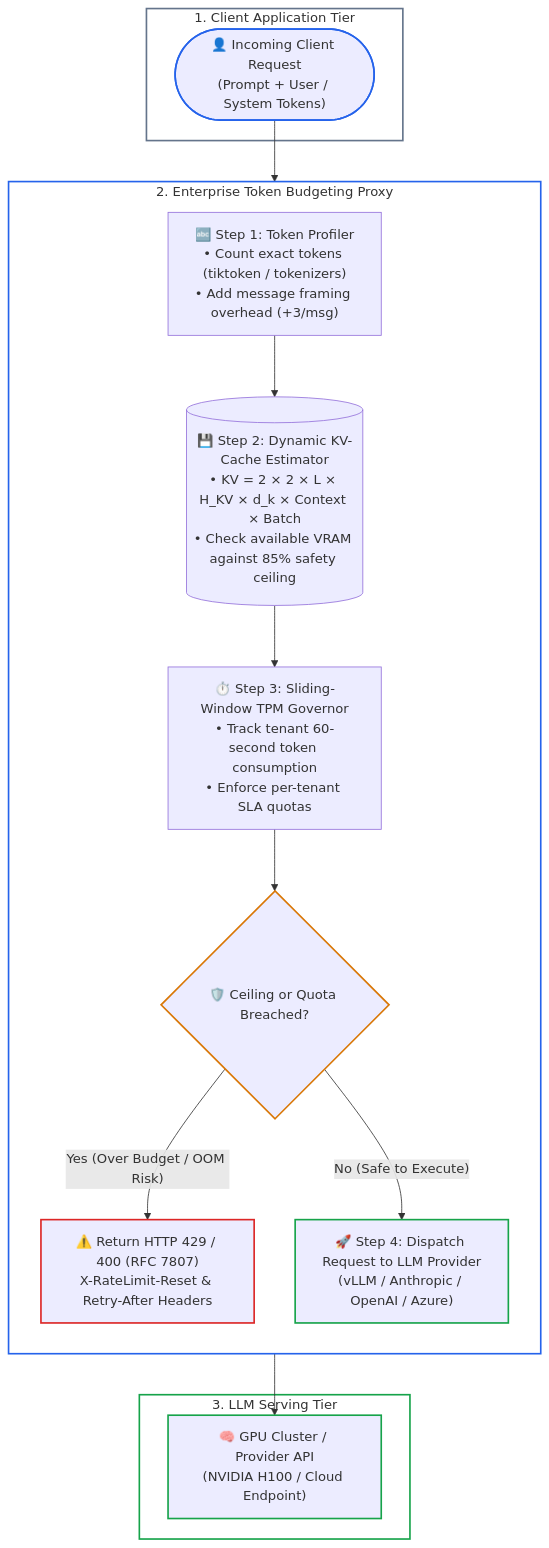
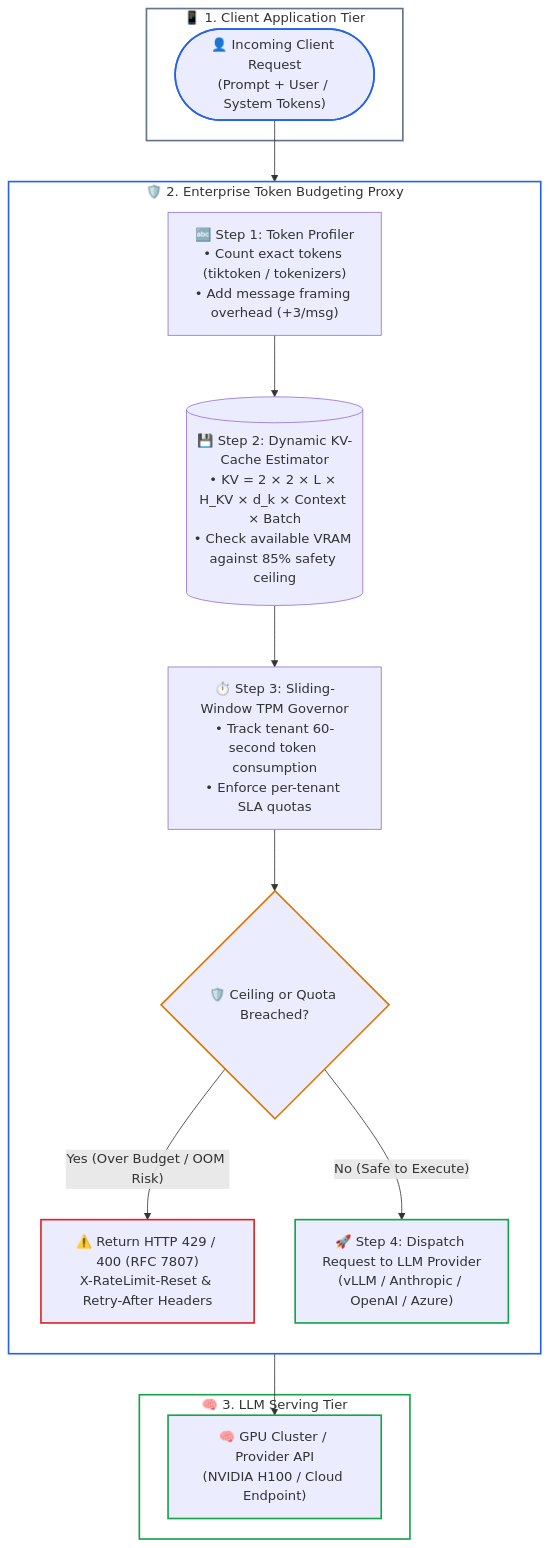
Before and after one commit to dip4k/senior-engineer-to-ai-engineer-roadmap: the diagram in 00-foundations-and-token-mechanics/labs/capstone-token-economics-analyzer.md, drawn with Mermaid. The commit also changed other lines of this file and 94 other files, not shown here.

Commit message:
refactor(curriculum): complete Phase 04 upgrade and enforce diagram renderer invariants

````diff
--- a/00-foundations-and-token-mechanics/labs/capstone-token-economics-analyzer.md
+++ b/00-foundations-and-token-mechanics/labs/capstone-token-economics-analyzer.md
@@ -24,43 +24,43 @@
 ```mermaid
 flowchart TD
-    subgraph CLIENT_TIER["1. Client Application Tier"]
+    subgraph CLIENT_TIER["📱 1. Client Application Tier"]
         Req(["👤 Incoming Client Request<br>(Prompt + User / System Tokens)"])
     end
 
-    subgraph PROXY_TIER["2. Enterprise Token Budgeting Proxy"]
+    subgraph PROXY_TIER["🛡️ 2. Enterprise Token Budgeting Proxy"]
         direction TB
 
         T_Profile["🔤 Step 1: Token Profiler<br>• Count exact tokens (tiktoken / tokenizers)<br>• Add message framing overhead (+3/msg)"]
         
         KV_Calc[("💾 Step 2: Dynamic KV-Cache Estimator<br>• KV = 2 × 2 × L × H_KV × d_k × Context × Batch<br>• Check available VRAM against 85% safety ceiling")]
         
         TPM_Check["⏱️ Step 3: Sliding-Window TPM Governor<br>• Track tenant 60-second token consumption<br>• Enforce per-tenant SLA quotas"]
         
         Breach{"🛡️ Ceiling or Quota Breached?"}
         
         Err429["⚠️ Return HTTP 429 / 400 (RFC 7807)<br>X-RateLimit-Reset & Retry-After Headers"]
         Dispatch["🚀 Step 4: Dispatch Request to LLM Provider<br>(vLLM / Anthropic / OpenAI / Azure)"]
 
         Req --> T_Profile
         T_Profile --> KV_Calc
         KV_Calc --> TPM_Check
         TPM_Check --> Breach
         Breach -- "Yes (Over Budget / OOM Risk)" --> Err429
         Breach -- "No (Safe to Execute)" --> Dispatch
     end
 
-    subgraph BACKEND_TIER["3. LLM Serving Tier"]
+    subgraph BACKEND_TIER["🧠 3. LLM Serving Tier"]
         GPU_Cluster["🧠 GPU Cluster / Provider API<br>(NVIDIA H100 / Cloud Endpoint)"]
         Dispatch --> GPU_Cluster
     end
 
     style CLIENT_TIER fill:none,stroke:#64748b,stroke-width:2px
     style PROXY_TIER fill:none,stroke:#2563eb,stroke-width:2px
     style BACKEND_TIER fill:none,stroke:#16a34a,stroke-width:2px
 
     style Req stroke:#2563eb,stroke-width:2px
     style Breach stroke:#d97706,stroke-width:2px
     style Err429 stroke:#dc2626,stroke-width:2px
     style Dispatch stroke:#16a34a,stroke-width:2px
     style GPU_Cluster stroke:#16a34a,stroke-width:2px
 ```
````
